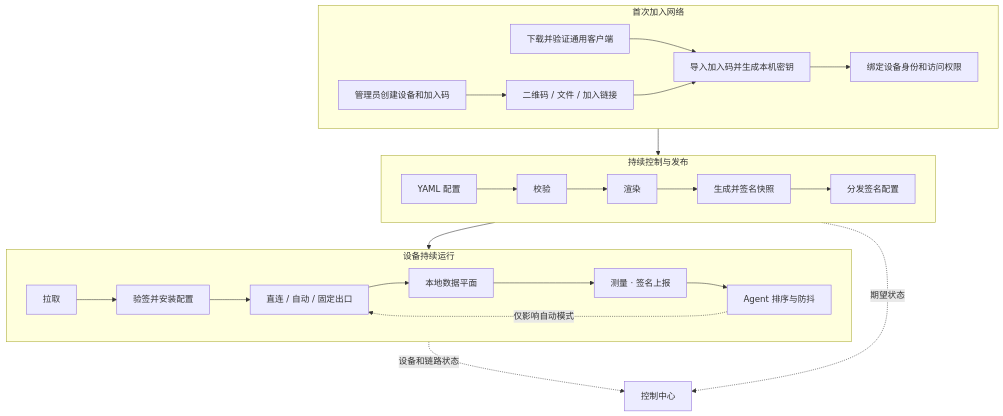
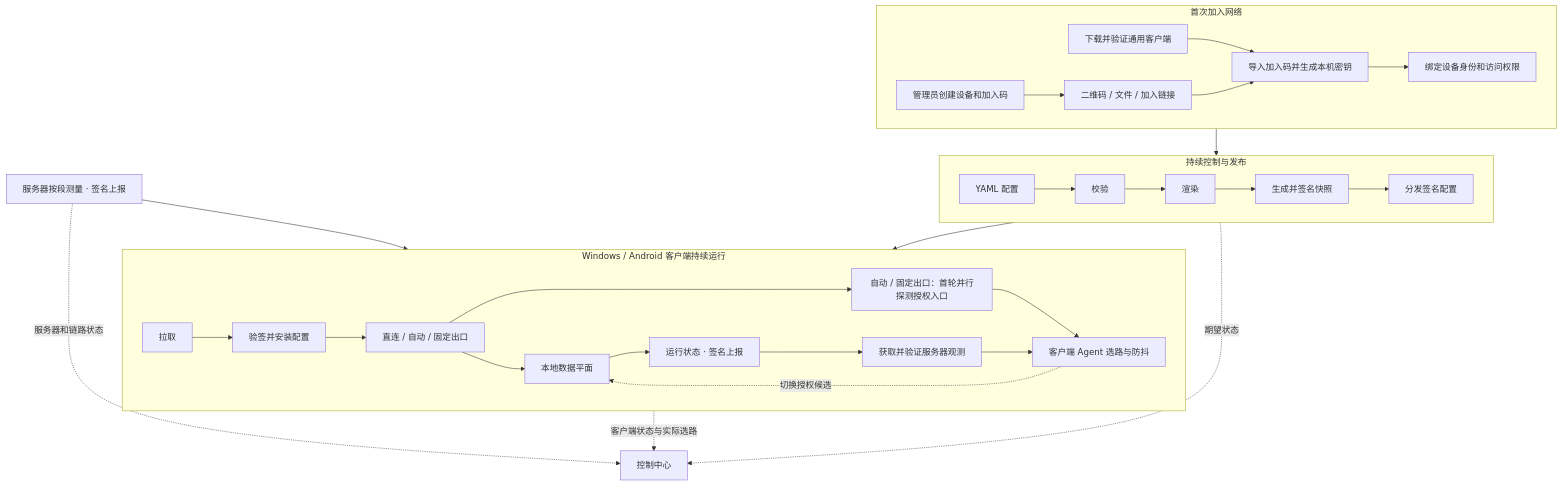
One commit to Scisaga/loom changed the diagram in README.md. Above: the diagram before and after it, drawn with Mermaid. The commit also changed other lines of this file and 2 other files, not shown here.

Commit message:
docs: refresh Windows preview and client routing overview

````diff
--- a/README.md
+++ b/README.md
@@ -62,31 +72,36 @@
 ```mermaid
 flowchart TB
     subgraph Join["首次加入网络"]
         direction LR
         Admin["管理员创建设备和加入码"] --> Carrier["二维码 / 文件 / 加入链接"]
         Package["下载并验证通用客户端"] --> Bind["导入加入码并生成本机密钥"]
         Carrier --> Bind
         Bind --> Identity["绑定设备身份和访问权限"]
     end
 
     subgraph Control["持续控制与发布"]
         direction LR
         Identity --> SSOT["YAML 配置"]
         SSOT --> Validate["校验"] --> Render["渲染"]
         Render --> Snapshot["生成并签名快照"]
         Snapshot --> Distribution["分发签名配置"]
     end
 
-    subgraph Device["设备持续运行"]
+    subgraph Device["Windows / Android 客户端持续运行"]
         direction LR
         Distribution --> Pull["拉取"] --> Verify["验签并安装配置"]
-        Verify --> Selector["直连 / 自动 / 固定出口"]
-        Selector --> Runtime["本地数据平面"]
-        Runtime --> Measure["测量 · 签名上报"]
-        Measure --> Agent["Agent 排序与防抖"]
-        Agent -.->|仅影响自动模式| Selector
+        Verify --> Preference["直连 / 自动 / 固定出口"]
+        Preference --> Runtime["本地数据平面"]
+        Runtime --> Report["运行状态 · 签名上报"]
+        Preference --> Entry["自动 / 固定出口：首轮并行探测授权入口"]
+        Entry --> Agent["客户端 Agent 选路与防抖"]
+        Report --> Evidence["获取并验证服务器观测"]
+        Evidence --> Agent
+        Agent -.->|切换授权候选| Runtime
     end
 
+    Servers["服务器按段测量 · 签名上报"] --> Evidence
     SSOT -.->|期望状态| Console["控制中心"]
-    Measure -.->|设备和链路状态| Console
+    Report -.->|客户端状态与实际选路| Console
+    Servers -.->|服务器和链路状态| Console
 ```
````
